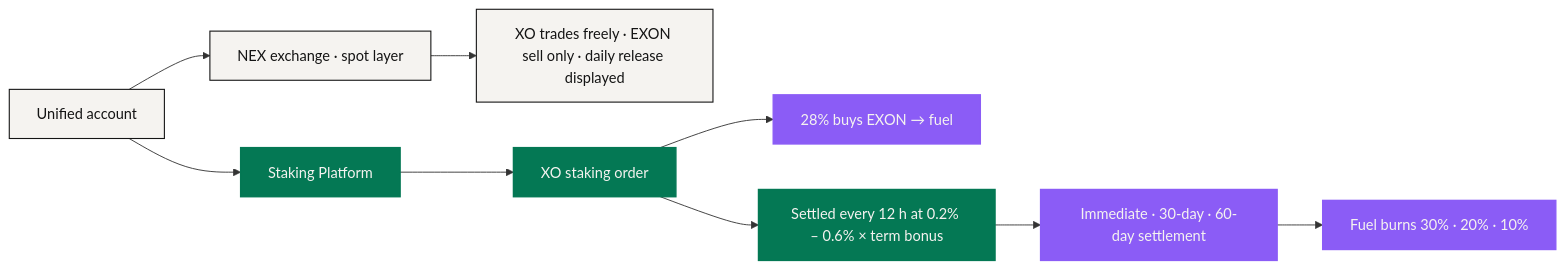
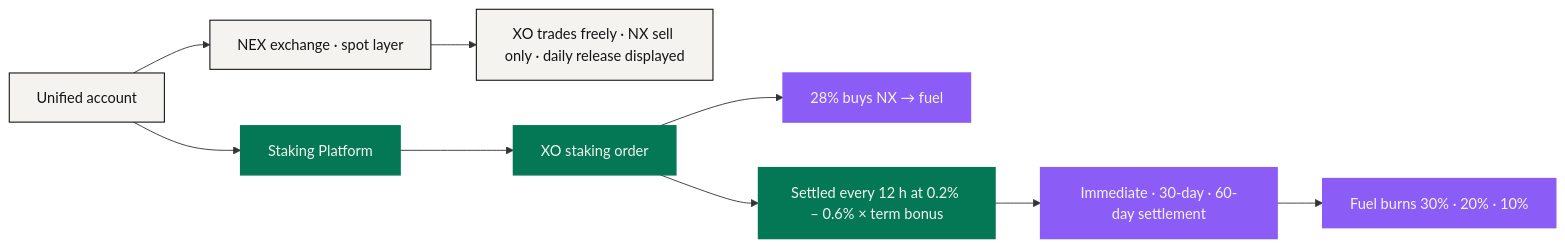
One commit to NEXONMarkets/NEXON-Whitepaper changed the diagram in docs/en/03-architecture/trust-and-bonding.md. Above: the diagram before and after it, drawn with Mermaid. The commit also changed other lines of this file and 92 other files, not shown here.

````diff
--- a/docs/en/03-architecture/trust-and-bonding.md
+++ b/docs/en/03-architecture/trust-and-bonding.md
@@ -14,17 +14,17 @@
 ```mermaid
 flowchart LR
     A["Unified account"] --> E["NEX exchange · spot layer"]
     A --> S["Staking Platform"]
-    E --> X["XO trades freely · EXON sell only · daily release displayed"]
+    E --> X["XO trades freely · NX sell only · daily release displayed"]
     S --> O["XO staking order"]
-    O --> F["28% buys EXON → fuel"]
+    O --> F["28% buys NX → fuel"]
     O --> R["Settled every 12 h at 0.2% – 0.6% × term bonus"]
     R --> D["Immediate · 30-day · 60-day settlement"]
     D --> B["Fuel burns 30% · 20% · 10%"]
     classDef anchor fill:#047854,stroke:#047854,stroke-width:1.5px,color:#F5F3F0
     classDef engine fill:#8B5CF6,stroke:#8B5CF6,stroke-width:1.5px,color:#F5F3F0
     classDef solid fill:#F5F3F0,stroke:#141414,stroke-width:1.2px,color:#141414
     class A,E,X solid
     class S,O,R anchor
     class F,D,B engine
 ```
````
